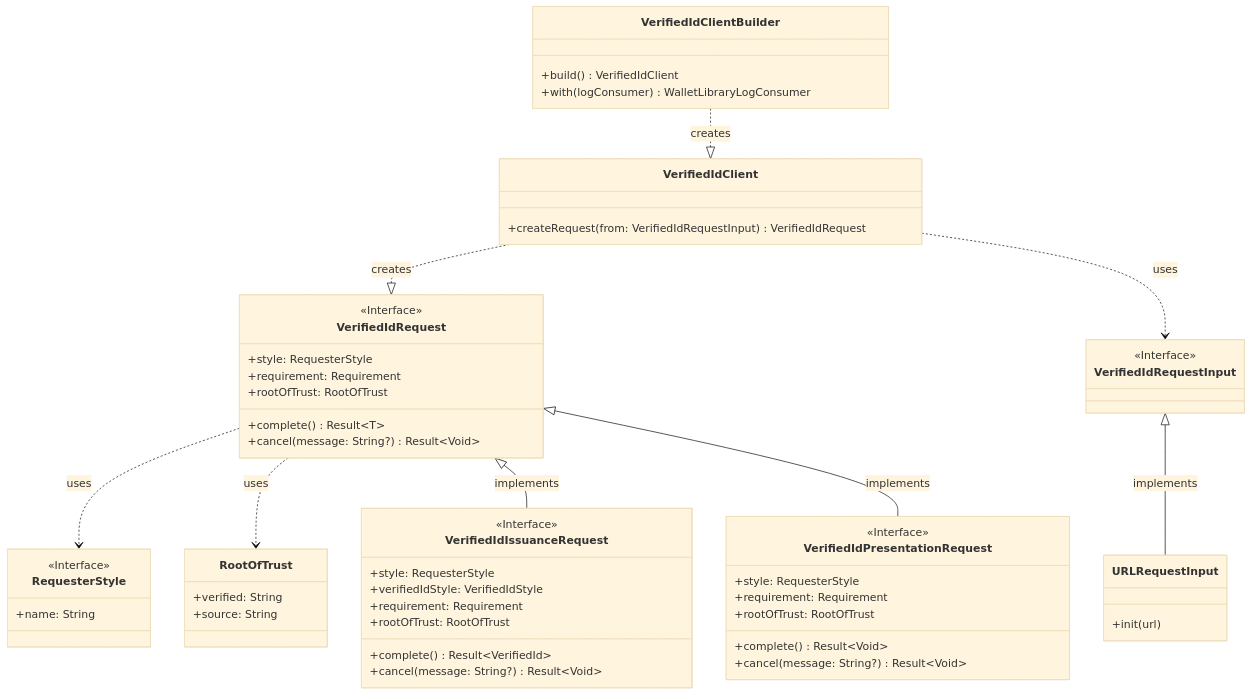
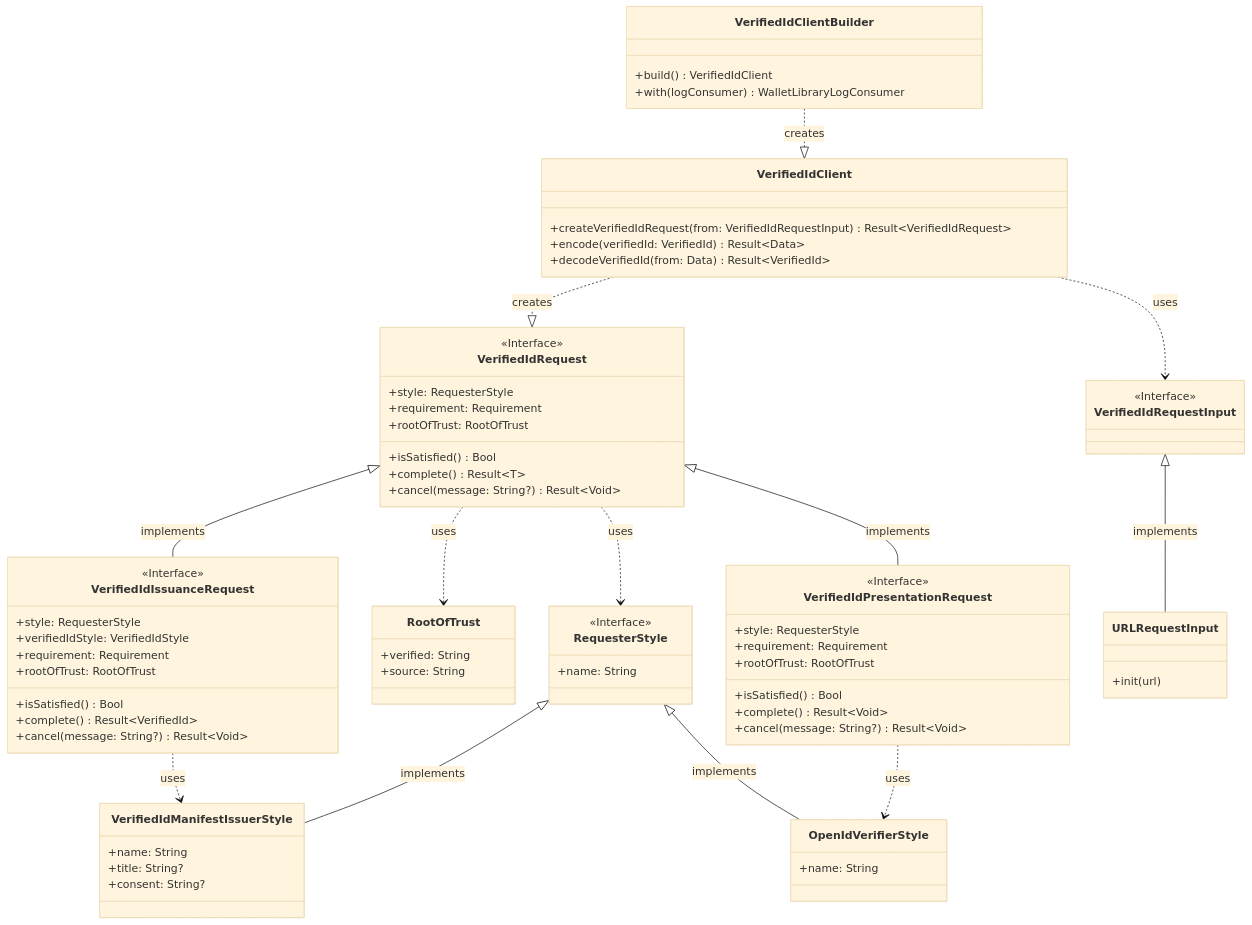
The first of 3 diagrams in Docs/LibraryArchitecture.md (microsoft/entra-verifiedid-wallet-library-ios), drawn with Mermaid (base theme) before and after one commit. The commit also changed other lines of this file, not shown here.

````diff
--- a/Docs/LibraryArchitecture.md
+++ b/Docs/LibraryArchitecture.md
@@ -5,56 +5,75 @@
 ```mermaid
 classDiagram
 VerifiedIdClientBuilder ..|> VerifiedIdClient: creates
 VerifiedIdClient ..|> VerifiedIdRequest: creates
 VerifiedIdRequest ..> RequesterStyle: uses
 VerifiedIdRequest ..> RootOfTrust: uses
 VerifiedIdRequest <|-- VerifiedIdIssuanceRequest: implements
 VerifiedIdRequest <|-- VerifiedIdPresentationRequest: implements
 VerifiedIdClient ..> VerifiedIdRequestInput: uses
 VerifiedIdRequestInput <|-- URLRequestInput: implements
+RequesterStyle <|-- VerifiedIdManifestIssuerStyle: implements
+VerifiedIdPresentationRequest ..> OpenIdVerifierStyle: uses
+RequesterStyle <|-- OpenIdVerifierStyle: implements
+VerifiedIdIssuanceRequest ..> VerifiedIdManifestIssuerStyle: uses
 class VerifiedIdClientBuilder{
     +build() VerifiedIdClient
     +with(logConsumer) WalletLibraryLogConsumer
 }
 class VerifiedIdClient{
-    +createRequest(from: VerifiedIdRequestInput) VerifiedIdRequest
+    +createVerifiedIdRequest(from: VerifiedIdRequestInput) Result<<T>VerifiedIdRequest>
+    +encode(verifiedId: VerifiedId) Result<<T>Data>
+    +decodeVerifiedId(from: Data) Result<<T>VerifiedId>
 }
 <<Interface>> VerifiedIdRequestInput
 class URLRequestInput{
     +init(url)
 }
 <<Interface>> VerifiedIdRequest
 class VerifiedIdRequest{
     +style: RequesterStyle
     +requirement: Requirement
     +rootOfTrust: RootOfTrust
+    +isSatisfied() Bool
     +complete() Result<<T>T>
     +cancel(message: String?) Result<<T>Void>
 }
 <<Interface>> VerifiedIdIssuanceRequest
 class VerifiedIdIssuanceRequest{
     +style: RequesterStyle
     +verifiedIdStyle: VerifiedIdStyle
     +requirement: Requirement
     +rootOfTrust: RootOfTrust
+    +isSatisfied() Bool
     +complete() Result<<T>VerifiedId>
     +cancel(message: String?) Result<<T>Void>
 }
 <<Interface>> VerifiedIdPresentationRequest
 class VerifiedIdPresentationRequest{
     +style: RequesterStyle
     +requirement: Requirement
     +rootOfTrust: RootOfTrust
+    +isSatisfied() Bool
     +complete() Result<<T>Void>
     +cancel(message: String?) Result<<T>Void>
 }
 
 class RootOfTrust{
     +verified: String
     +source: String
 }
 <<Interface>> RequesterStyle
 class RequesterStyle{
     +name: String
 }
+
+class VerifiedIdManifestIssuerStyle{
+    +name: String
+    +title: String?
+    +consent: String?
+}
+
+class OpenIdVerifierStyle{
+    +name: String
+}
 ```
````
